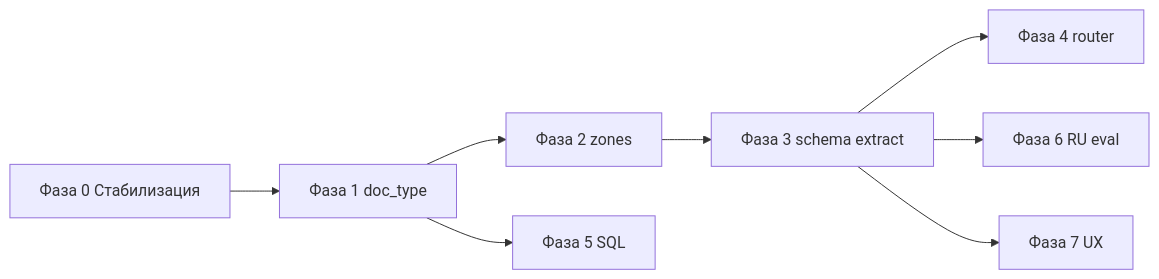
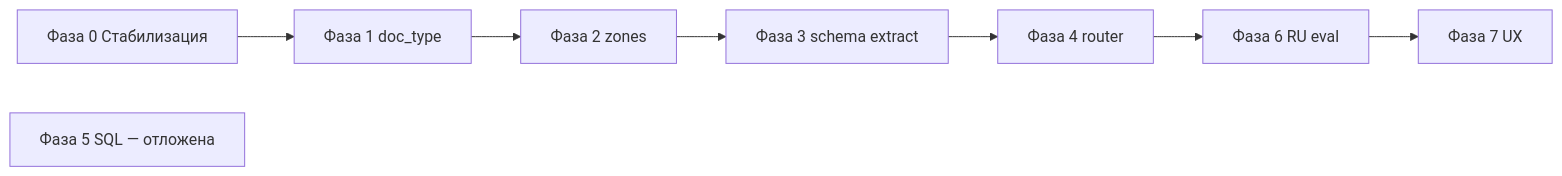
The diagram in docs/TABULAR_DD_PRODUCTION_ROADMAP.md (semenandronov/legaltech), drawn with Mermaid before and after one commit. The commit also changed other lines of this file and 103 other files, not shown here.

````diff
--- a/docs/TABULAR_DD_PRODUCTION_ROADMAP.md
+++ b/docs/TABULAR_DD_PRODUCTION_ROADMAP.md
@@ -127,10 +167,10 @@
 ```mermaid
 flowchart LR
   P0[Фаза 0 Стабилизация] --> P1[Фаза 1 doc_type]
   P1 --> P2[Фаза 2 zones]
   P2 --> P3[Фаза 3 schema extract]
   P3 --> P4[Фаза 4 router]
-  P1 --> P5[Фаза 5 SQL]
-  P3 --> P6[Фаза 6 RU eval]
-  P3 --> P7[Фаза 7 UX]
+  P4 --> P6[Фаза 6 RU eval]
+  P6 --> P7[Фаза 7 UX]
+  P5[Фаза 5 SQL — отложена]
 ```
````
